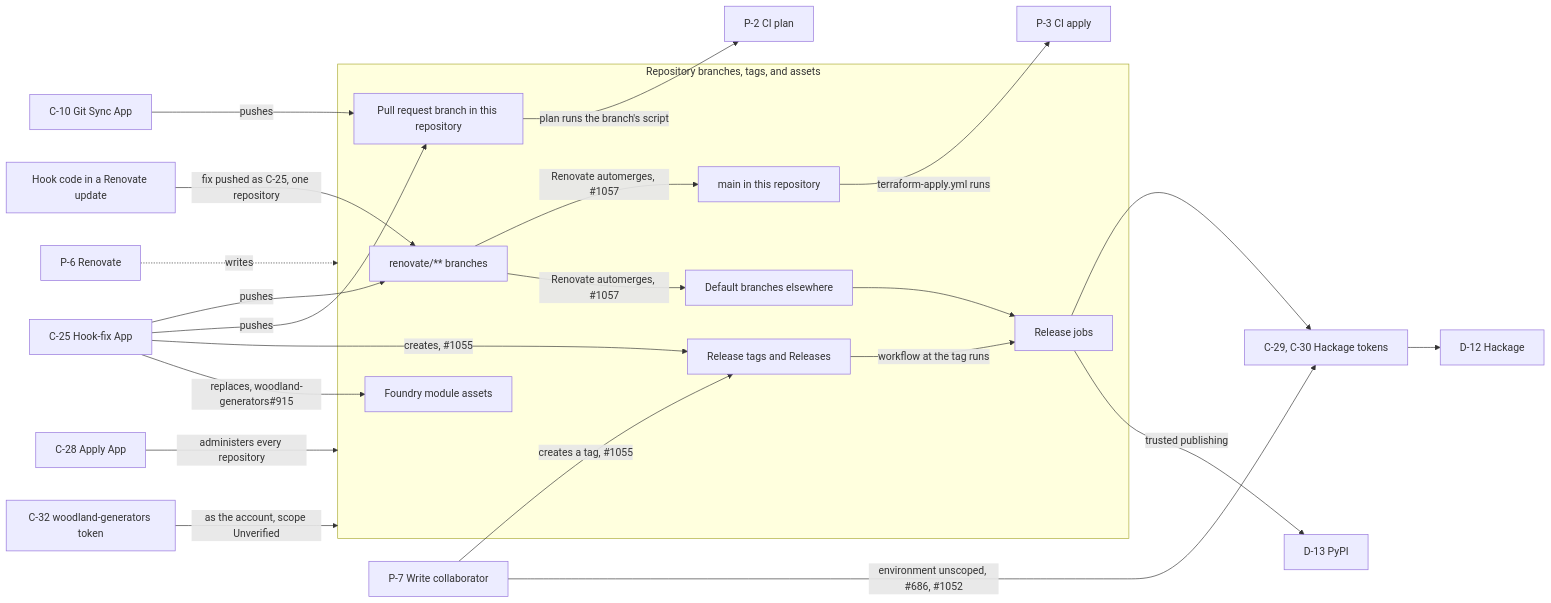
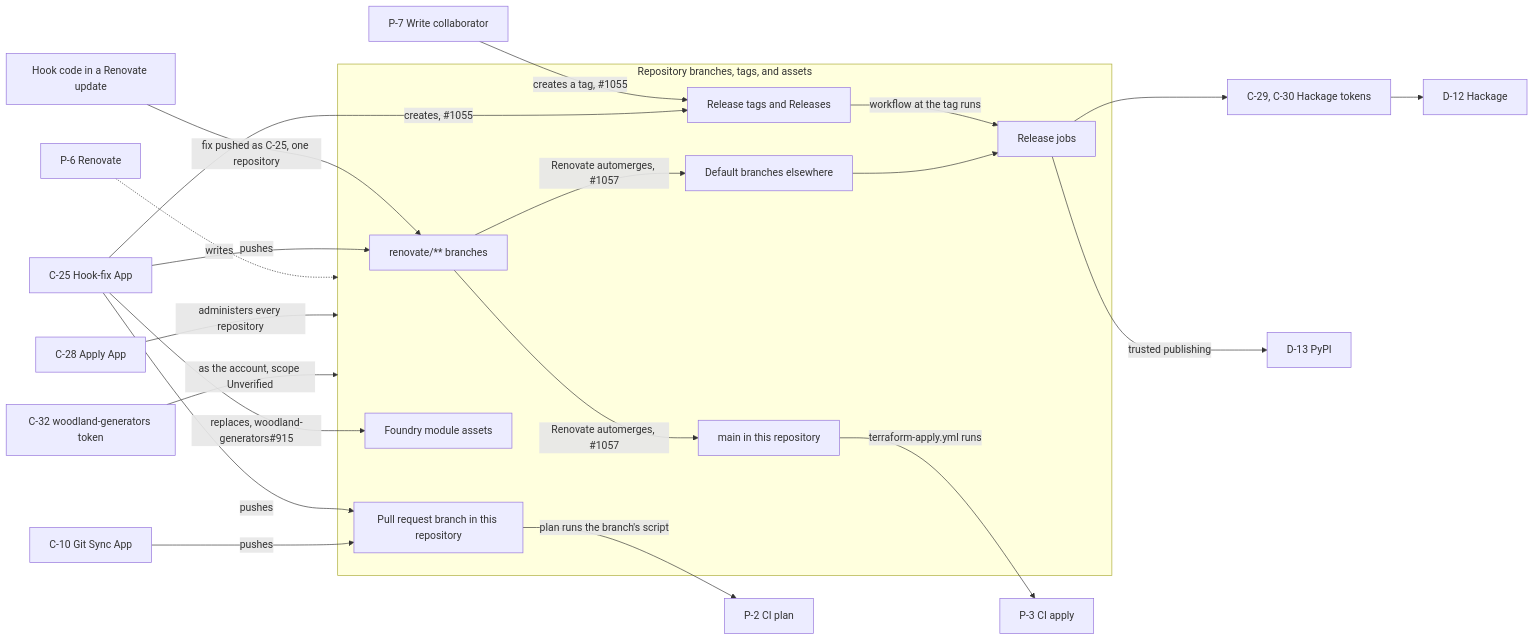
Before and after one commit to alunduil/alunduil-infrastructure: the first of 2 diagrams in docs/explanation/credential-reachability.md, drawn with Mermaid. The commit also changed other lines of this file, not shown here.

First line of the commit message:
Drop the environment edge #1053 and #1054 closed

````diff
--- a/docs/explanation/credential-reachability.md
+++ b/docs/explanation/credential-reachability.md
@@ -42,50 +42,49 @@
 ```mermaid
 flowchart LR
   hook["Hook code in a Renovate update"]
   p7["P-7 Write collaborator"]
   p6["P-6 Renovate"]
   c25["C-25 Hook-fix App"]
   c10["C-10 Git Sync App"]
   c28["C-28 Apply App"]
   c32["C-32 woodland-generators token"]
   tokens["C-29, C-30 Hackage tokens"]
   p2["P-2 CI plan"]
   p3["P-3 CI apply"]
   d12["D-12 Hackage"]
   d13["D-13 PyPI"]
 
   subgraph refs["Repository branches, tags, and assets"]
     branch["renovate/** branches"]
     pr["Pull request branch in this repository"]
     infra["main in this repository"]
     other["Default branches elsewhere"]
     tag["Release tags and Releases"]
     assets["Foundry module assets"]
     job["Release jobs"]
   end
 
   hook -->|"fix pushed as C-25, one repository"| branch
-  p7 -->|"environment unscoped, #686, #1052"| tokens
   p7 -->|"creates a tag, #1055"| tag
 
   p6 -.->|"writes"| refs
   c28 -->|"administers every repository"| refs
   c32 -->|"as the account, scope Unverified"| refs
 
   c25 -->|"pushes"| branch
   c25 -->|"pushes"| pr
   c25 -->|"creates, #1055"| tag
   c25 -->|"replaces, woodland-generators#915"| assets
   c10 -->|"pushes"| pr
 
   branch -->|"Renovate automerges, #1057"| infra
   branch -->|"Renovate automerges, #1057"| other
   tag -->|"workflow at the tag runs"| job
   other --> job
 
   pr -->|"plan runs the branch's script"| p2
   infra -->|"terraform-apply.yml runs"| p3
   job --> tokens
   job -->|"trusted publishing"| d13
   tokens --> d12
 ```
````
